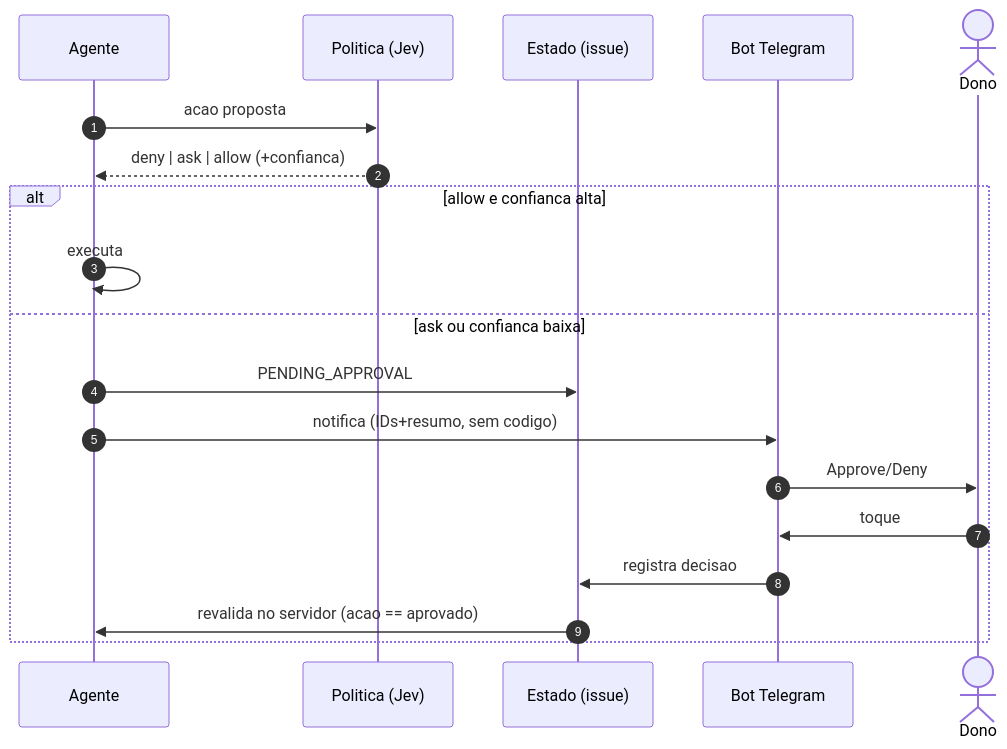
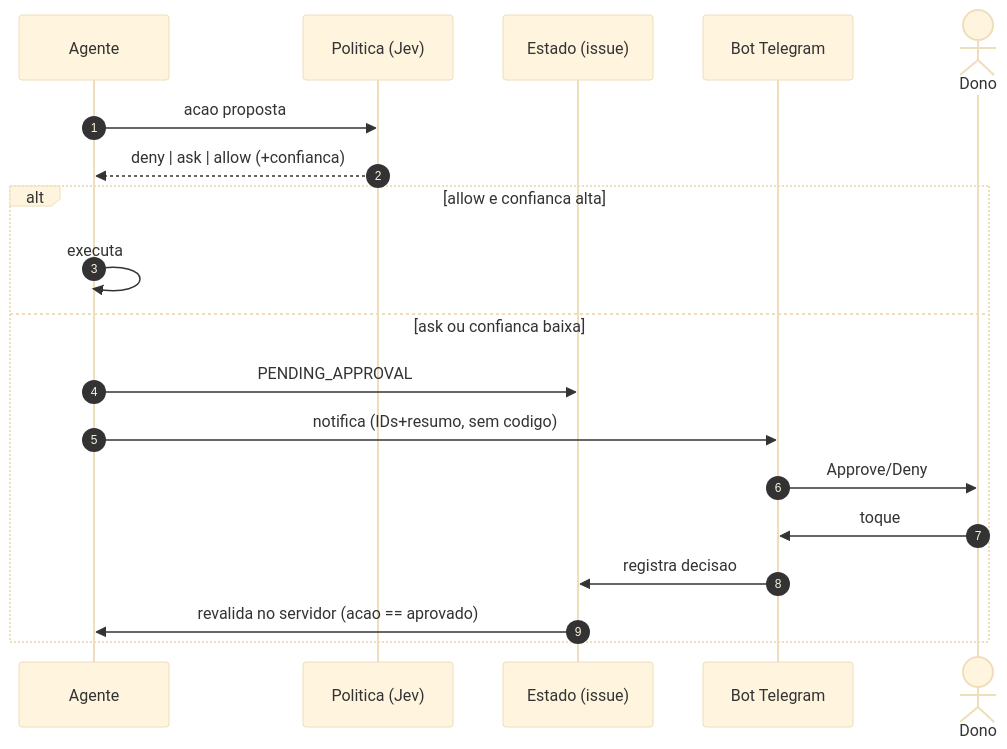
The ninth of 10 diagrams in research/ARCHITECTURE-C4.md (CenturyBoys/roboto), drawn with Mermaid before and after one commit. The commit also changed other lines of this file and 1 other file, not shown here.

````diff
--- a/research/ARCHITECTURE-C4.md
+++ b/research/ARCHITECTURE-C4.md
@@ -227,21 +265,22 @@
 ```mermaid
+%%{init: {'theme':'base', 'themeVariables': {'background':'#FBF3DE'}}}%%
 sequenceDiagram
   autonumber
   participant Ag as Agente
   participant Pol as Politica (Jev)
   participant St as Estado (issue)
   participant TG as Bot Telegram
   actor Dono
   Ag->>Pol: acao proposta
   Pol-->>Ag: deny | ask | allow (+confianca)
   alt allow e confianca alta
     Ag->>Ag: executa
   else ask ou confianca baixa
     Ag->>St: PENDING_APPROVAL
     Ag->>TG: notifica (IDs+resumo, sem codigo)
     TG->>Dono: Approve/Deny
     Dono->>TG: toque
     TG->>St: registra decisao
     St->>Ag: revalida no servidor (acao == aprovado)
   end
 ```
````
